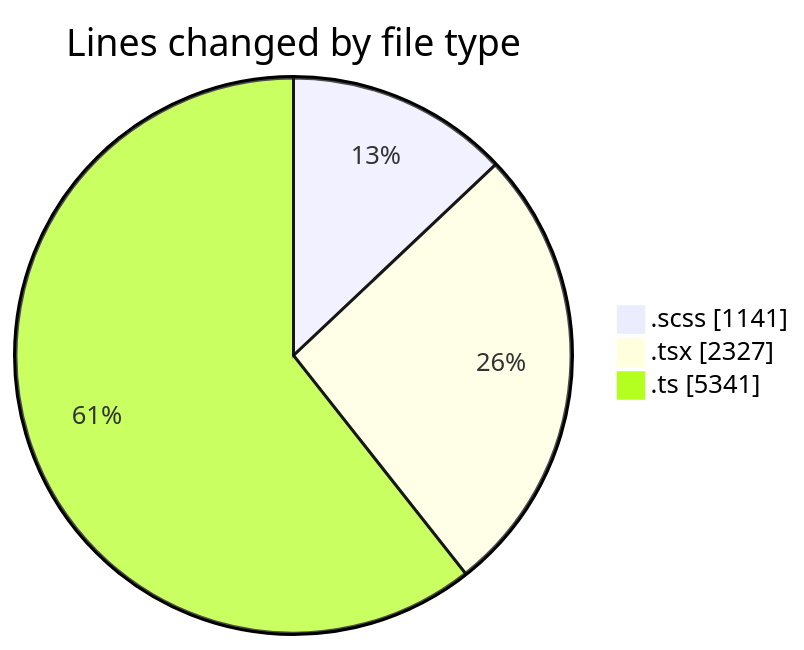
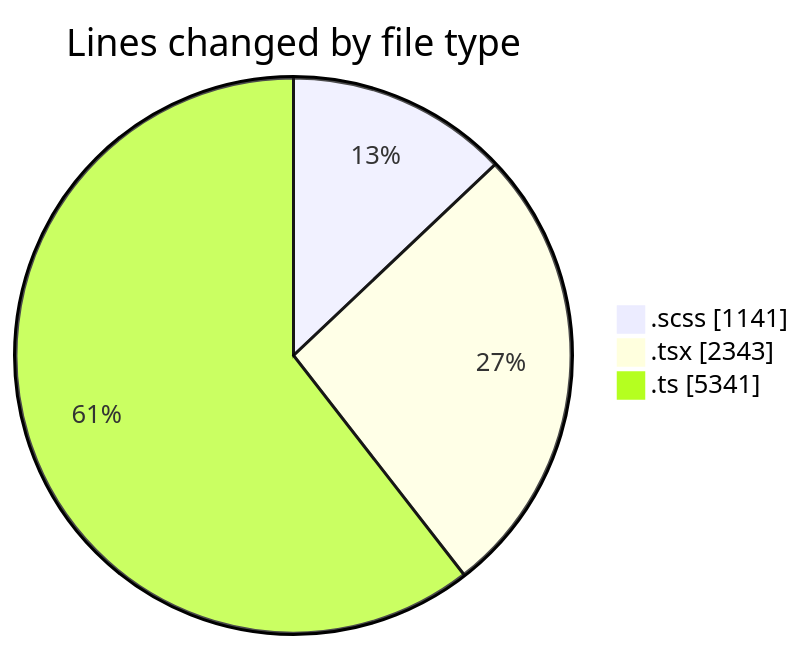
The first of 2 diagrams in 2025-03-28/cda/README.md (momahboobian/code-tracking), drawn with Mermaid before and after one commit. The commit also changed other lines of this file and 1 other file, not shown here.

````diff
--- a/2025-03-28/cda/README.md
+++ b/2025-03-28/cda/README.md
@@ -36,7 +36,7 @@
 ```mermaid
 pie showData
 title Lines changed by file type
 ".scss" : 1141
-".tsx" : 2327
+".tsx" : 2343
 ".ts" : 5341
 ```
````
